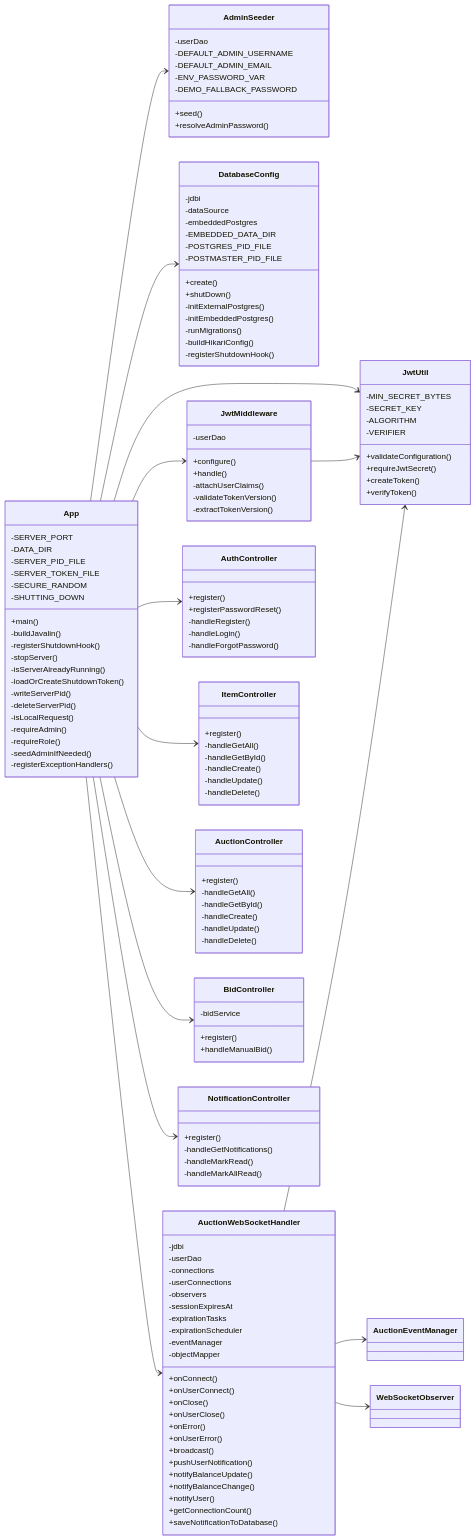
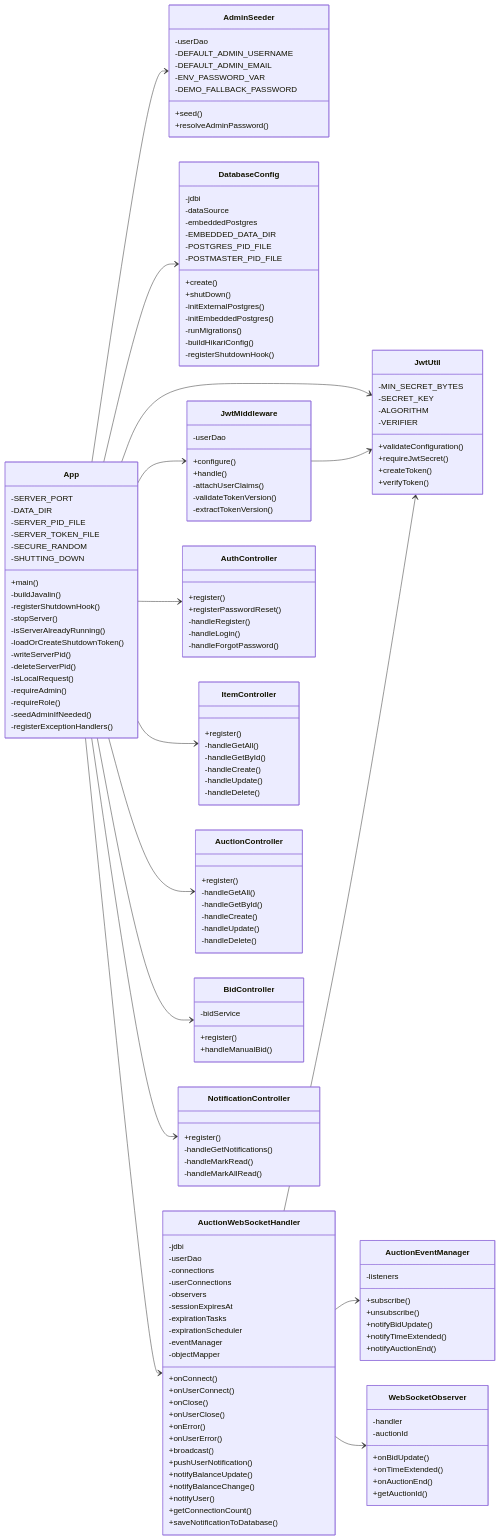
One commit to kieran-lucas/oop-course-project-uet changed the second of 8 diagrams in README.md. Above: the diagram before and after it, drawn with Mermaid. The commit also changed other lines of this file, not shown here.

Commit message:
docs: fill class diagram relation targets

```diff
--- a/README.md
+++ b/README.md
@@ -440,6 +440,24 @@
         +saveNotificationToDatabase()
     }
 
+    class AuctionEventManager {
+        -listeners
+        +subscribe()
+        +unsubscribe()
+        +notifyBidUpdate()
+        +notifyTimeExtended()
+        +notifyAuctionEnd()
+    }
+
+    class WebSocketObserver {
+        -handler
+        -auctionId
+        +onBidUpdate()
+        +onTimeExtended()
+        +onAuctionEnd()
+        +getAuctionId()
+    }
+
     class AuthController {
         +register()
         +registerPasswordReset()
```
